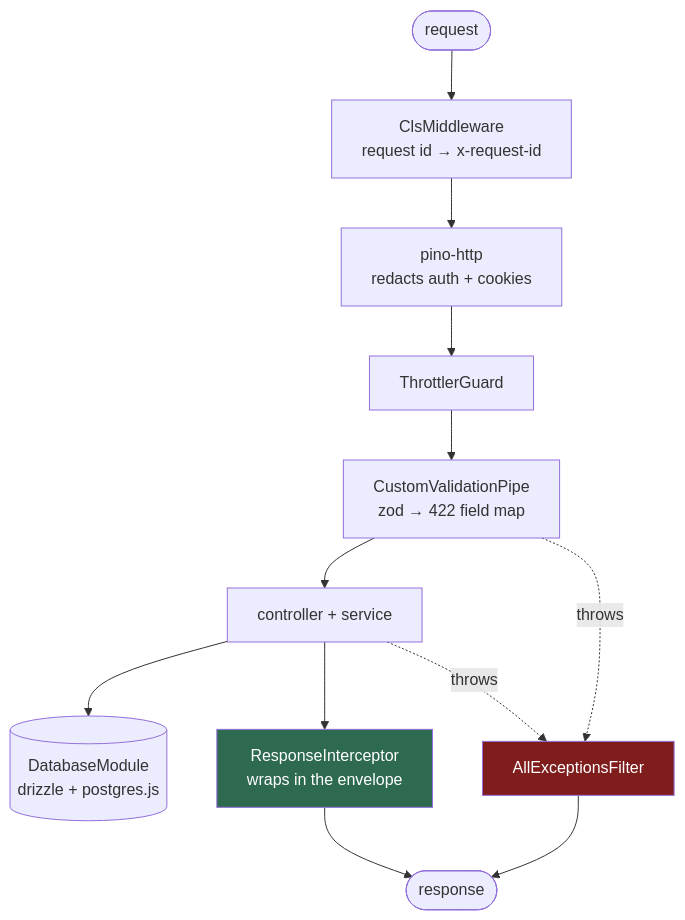
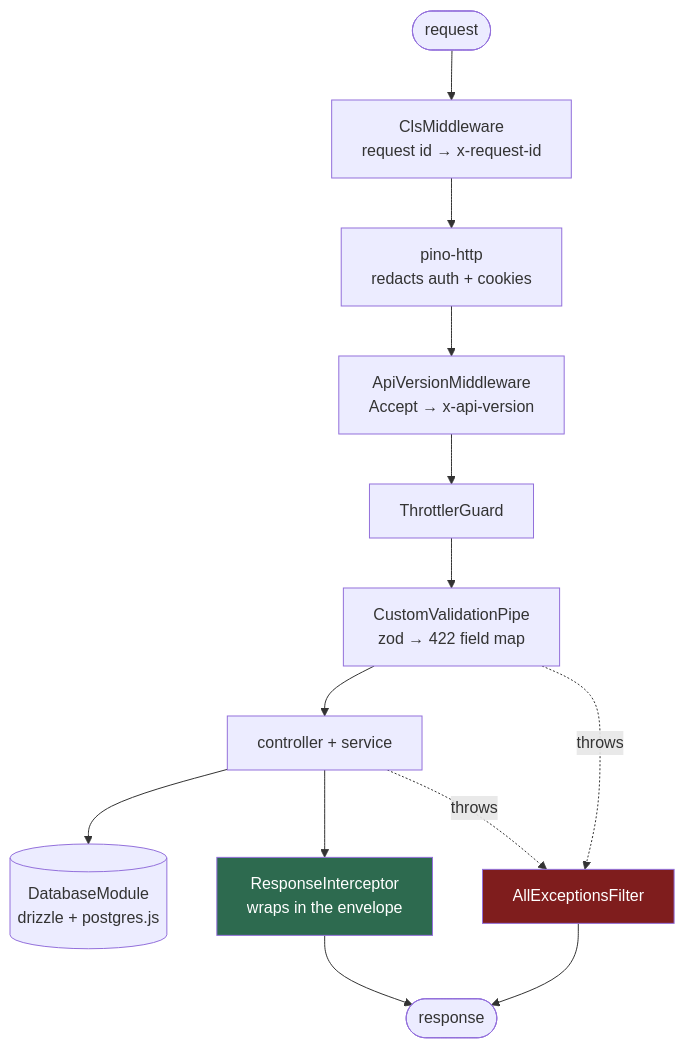
One commit to toraaoo/fullstack-monorepo changed the second of 2 diagrams in docs/architecture.md. Above: the diagram before and after it, drawn with Mermaid. The commit also changed other lines of this file and 1 other file, not shown here.

Commit message:
docs: describe Accept-header API versioning

````diff
--- a/docs/architecture.md
+++ b/docs/architecture.md
@@ -76,18 +104,19 @@
 ```mermaid
 flowchart TD
     R([request]) --> CLS["ClsMiddleware<br/>request id → x-request-id"]
     CLS --> LOG["pino-http<br/>redacts auth + cookies"]
-    LOG --> THR["ThrottlerGuard"]
+    LOG --> VER["ApiVersionMiddleware<br/>Accept → x-api-version"]
+    VER --> THR["ThrottlerGuard"]
     THR --> PIPE["CustomValidationPipe<br/>zod → 422 field map"]
     PIPE --> H["controller + service"]
     H --> DB[("DatabaseModule<br/>drizzle + postgres.js")]
     H --> INT["ResponseInterceptor<br/>wraps in the envelope"]
     INT --> RES([response])
 
     PIPE -. throws .-> F["AllExceptionsFilter"]
     H -. throws .-> F
     F --> RES
 
     style F fill:#7f1d1d,color:#fff
     style INT fill:#2d6a4f,color:#fff
 ```
````
